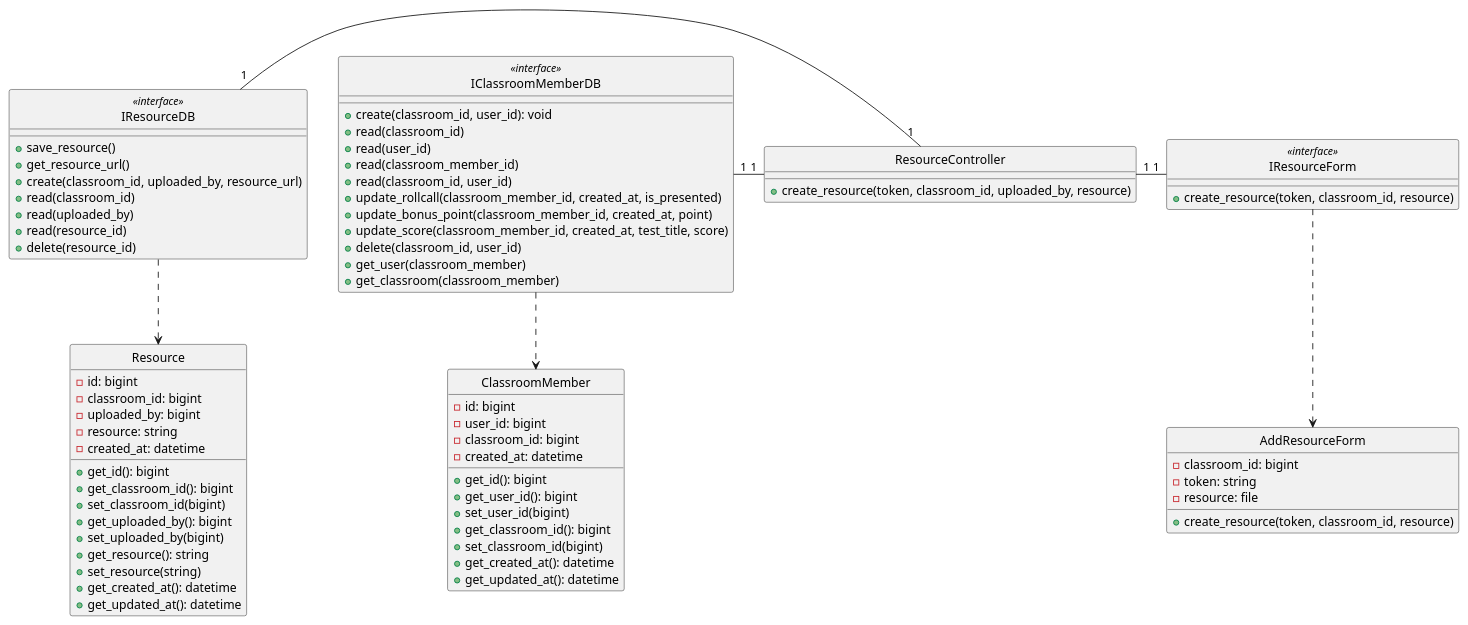
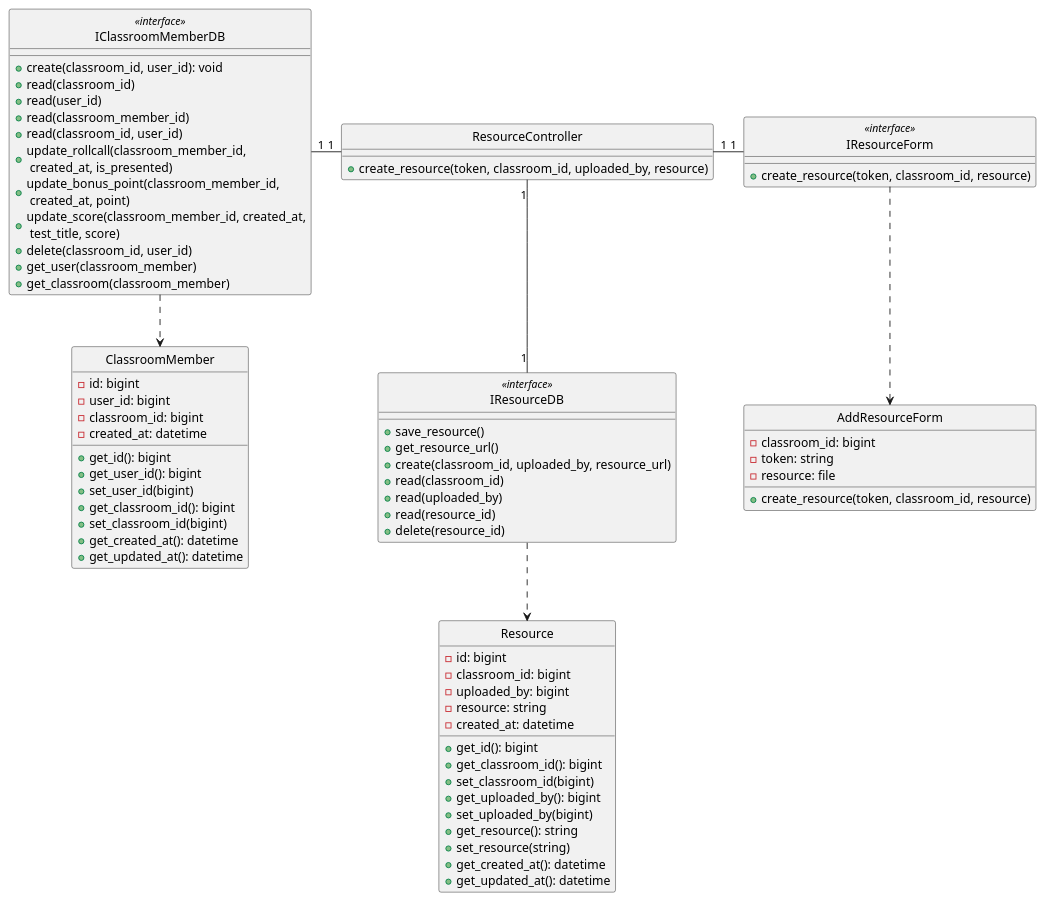
One commit to anonyhostvn/OOAD-Diagram changed the diagram in class - design/resource/createResource.plantuml. Above: the diagram before and after it, drawn with PlantUML. The commit also changed 9 other files, not shown here.

Commit message:
shorten diagram

```diff
--- a/class - design/resource/createResource.plantuml
+++ b/class - design/resource/createResource.plantuml
@@ -1,94 +1,94 @@
 @startuml addResource
 
 class AddResourceForm {
     - classroom_id: bigint
     - token: string
     - resource: file
 
     + create_resource(token, classroom_id, resource)
 }
 
 class IResourceForm <<interface>> {
     + create_resource(token, classroom_id, resource)
 }
 
 class ResourceController {
     + create_resource(token, classroom_id, uploaded_by, resource)
 }
 
 class ClassroomMember {
     - id: bigint
     - user_id: bigint
     - classroom_id: bigint
     - created_at: datetime
 
     + get_id(): bigint
     + get_user_id(): bigint
     + set_user_id(bigint)
     + get_classroom_id(): bigint
     + set_classroom_id(bigint)
     + get_created_at(): datetime
     + get_updated_at(): datetime
 }
 
 class IClassroomMemberDB <<interface>> {
     + create(classroom_id, user_id): void
     + read(classroom_id)
     + read(user_id)
     + read(classroom_member_id)
     + read(classroom_id, user_id)
-    + update_rollcall(classroom_member_id, created_at, is_presented)
-    + update_bonus_point(classroom_member_id, created_at, point)
-    + update_score(classroom_member_id, created_at, test_title, score)
+    + update_rollcall(classroom_member_id,\n created_at, is_presented)
+    + update_bonus_point(classroom_member_id,\n created_at, point)
+    + update_score(classroom_member_id, created_at,\n test_title, score)
     + delete(classroom_id, user_id)
     + get_user(classroom_member)
     + get_classroom(classroom_member)
 }
 
 
 class Resource {
     -id: bigint
     -classroom_id: bigint
     -uploaded_by: bigint
     -resource: string
     -created_at: datetime
 
     + get_id(): bigint
     + get_classroom_id(): bigint
     + set_classroom_id(bigint)
     + get_uploaded_by(): bigint
     + set_uploaded_by(bigint)
     + get_resource(): string
     + set_resource(string)
     + get_created_at(): datetime
     + get_updated_at(): datetime
 }
 
 class IResourceDB <<interface>> {
     + save_resource()
     + get_resource_url()
     +create(classroom_id, uploaded_by, resource_url)
     +read(classroom_id)
     +read(uploaded_by)
     +read(resource_id)
     +delete(resource_id)
 }
 
 hide AddResourceForm circle
 hide IResourceForm <<interface>> circle
 hide ResourceController circle
 hide IClassroomMemberDB <<interface>> circle
 hide ClassroomMember circle
 hide IResourceDB <<interface>> circle
 hide Resource circle 
 
 
 IResourceForm .down.> AddResourceForm
 IClassroomMemberDB .down.> ClassroomMember
 IResourceDB .down.> Resource
 IResourceForm "1"-left-"1" ResourceController
 ResourceController "1"-left-"1" IClassroomMemberDB
-ResourceController "1"-left-"1" IResourceDB
+ResourceController "1"-down-"1" IResourceDB
 
 
 @enduml
```
